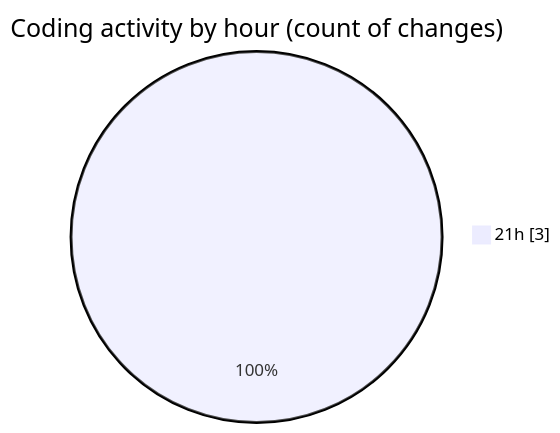
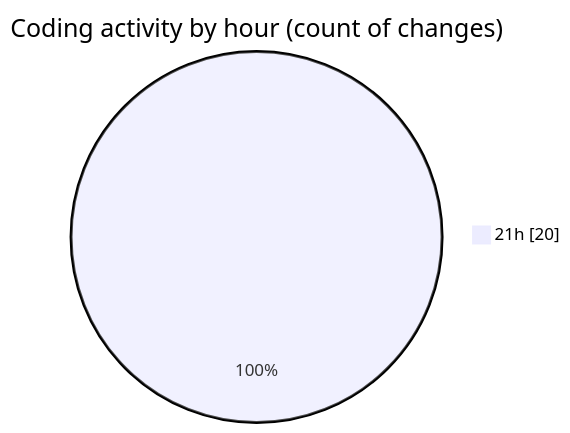
Before and after one commit to Netris89/code-tracking: the second of 2 diagrams in 2025-10-06/skintrack/README.md, drawn with Mermaid. The commit also changed other lines of this file and 1 other file, not shown here.

````diff
--- a/2025-10-06/skintrack/README.md
+++ b/2025-10-06/skintrack/README.md
@@ -30,5 +30,5 @@
 ```mermaid
 pie showData
 title Coding activity by hour (count of changes)
-"21h" : 3
+"21h" : 20
 ```
````
